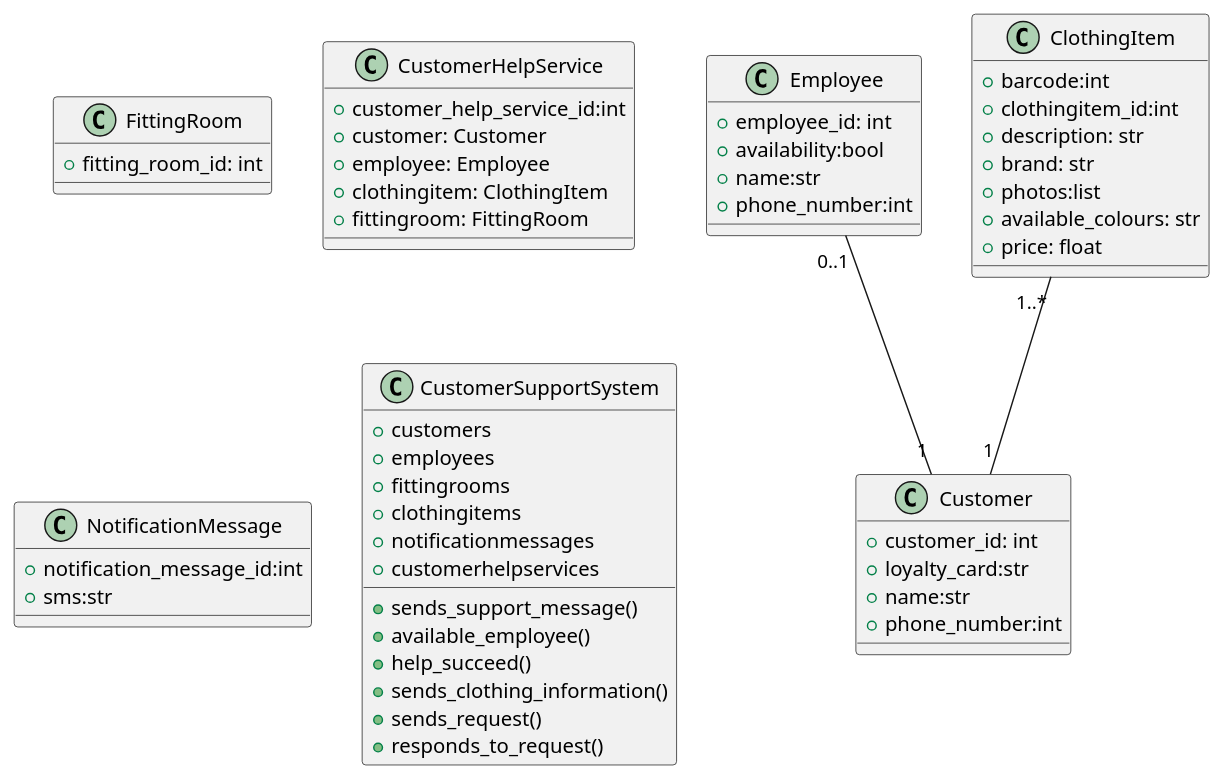
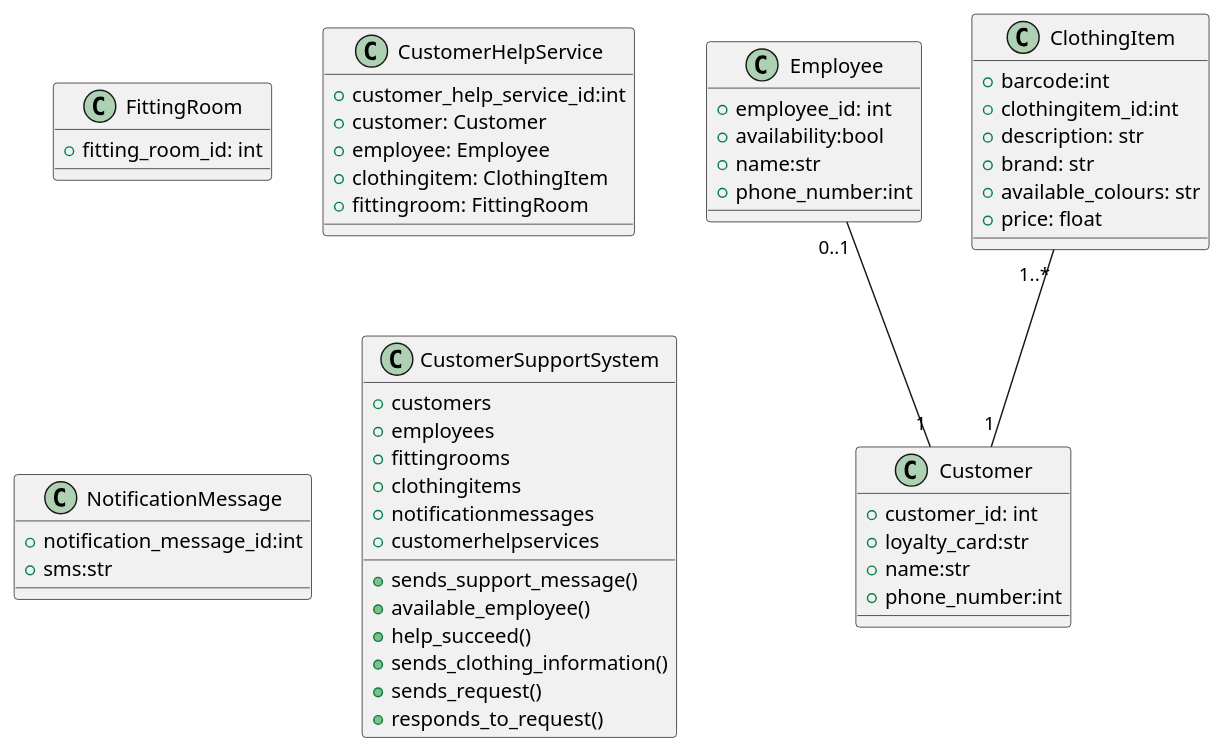
The diagram in Diagrams/class.puml (ap25015-source/efp1-2025-assignment-team18), drawn with PlantUML before and after one commit. The commit also changed 5 other files, not shown here.

```diff
--- a/Diagrams/class.puml
+++ b/Diagrams/class.puml
@@ -1,60 +1,59 @@
 @startuml class
 class Customer {
   +customer_id: int
   +loyalty_card:str
   +name:str
   +phone_number:int
 }
  
 class Employee {
   +employee_id: int
   +availability:bool
   +name:str
   +phone_number:int
 }
  
 class ClothingItem {
   +barcode:int
   +clothingitem_id:int
   +description: str
   +brand: str
-  +photos:list
   +available_colours: str
   +price: float
 } 
 
 class FittingRoom {
   +fitting_room_id: int
   }
 
 class CustomerHelpService{
   +customer_help_service_id:int
   +customer: Customer
   +employee: Employee
   +clothingitem: ClothingItem
   +fittingroom: FittingRoom
 }
  
 class NotificationMessage{
   +notification_message_id:int
   +sms:str
 }
 
 class CustomerSupportSystem {
   +customers
   +employees
   +fittingrooms
   +clothingitems
   +notificationmessages
   +customerhelpservices
   +sends_support_message()
   +available_employee()
   +help_succeed()
   +sends_clothing_information()
   +sends_request()
   +responds_to_request()
 }
  
 ClothingItem "1..*" -- "1" Customer
 Employee "0..1" -- "1" Customer
 @enduml
```
